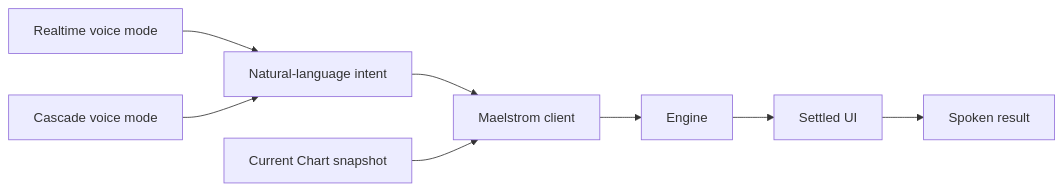
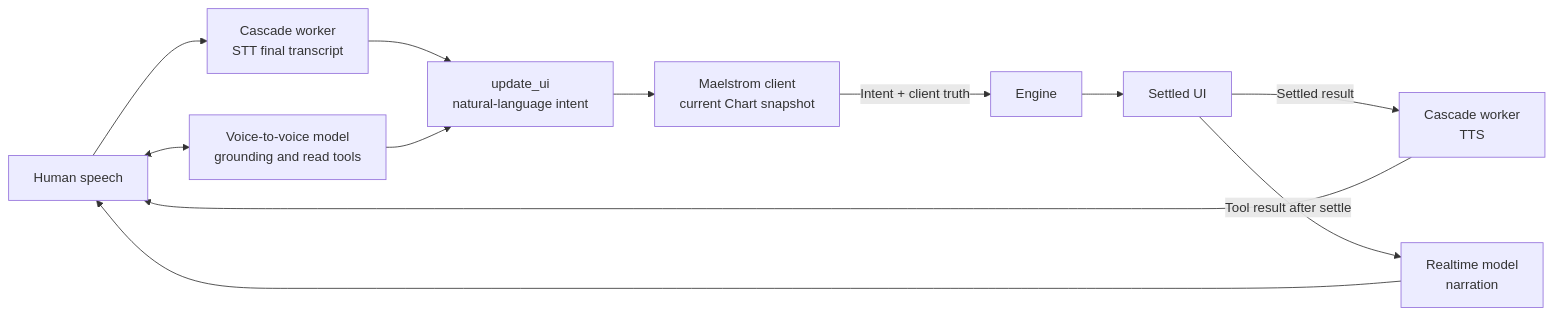
The first of 3 diagrams in apps/docs/src/content/docs/understanding/voice-architecture.mdx (maelstrom-co/maelstrom), drawn with Mermaid before and after one commit. The commit also changed other lines of this file and 26 other files, not shown here.

````diff
--- a/apps/docs/src/content/docs/understanding/voice-architecture.mdx
+++ b/apps/docs/src/content/docs/understanding/voice-architecture.mdx
@@ -10,13 +10,27 @@
 ```mermaid
 flowchart LR
   accTitle: Shared Maelstrom voice boundary
-  accDescr: Realtime and cascade voice modes produce natural-language intent, while the client-owned Chart snapshot remains the Engine planning input.
+  accDescr: Cascade and realtime voice produce natural-language intent, while only the client-built Chart snapshot enters the Maelstrom Engine and successful narration waits for the UI to settle.
 
-  Realtime["Realtime voice mode"] --> Intent["Natural-language intent"]
-  Cascade["Cascade voice mode"] --> Intent
-  Intent --> Client["Maelstrom client"]
-  Chart["Current Chart snapshot"] --> Client
-  Client --> Engine["Engine"]
-  Engine --> UI["Settled UI"]
-  UI --> Result["Spoken result"]
+  Human["Human speech"]
+  Cascade["Cascade worker<br/>STT final transcript"]
+  Realtime["Voice-to-voice model<br/>grounding and read tools"]
+  Intent["update_ui<br/>natural-language intent"]
+  Client["Maelstrom client<br/>current Chart snapshot"]
+  Engine["Engine"]
+  UI["Settled UI"]
+  CascadeTTS["Cascade worker<br/>TTS"]
+  RealtimeSpeech["Realtime model<br/>narration"]
+
+  Human --> Cascade
+  Human <--> Realtime
+  Cascade --> Intent
+  Realtime --> Intent
+  Intent --> Client
+  Client -->|"Intent + client truth"| Engine
+  Engine --> UI
+  UI -->|"Settled result"| CascadeTTS
+  UI -->|"Tool result after settle"| RealtimeSpeech
+  CascadeTTS --> Human
+  RealtimeSpeech --> Human
 ```
````
